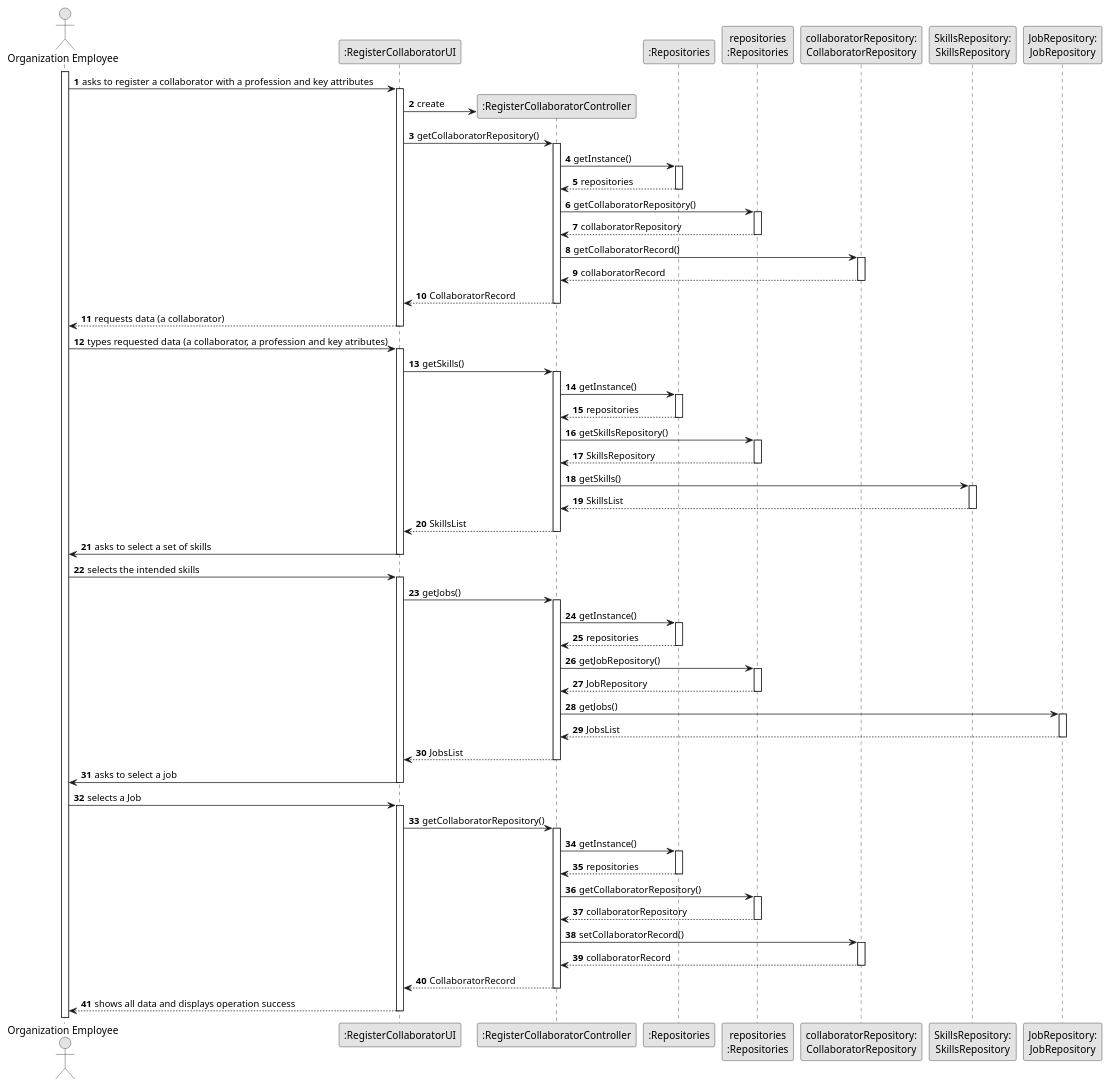
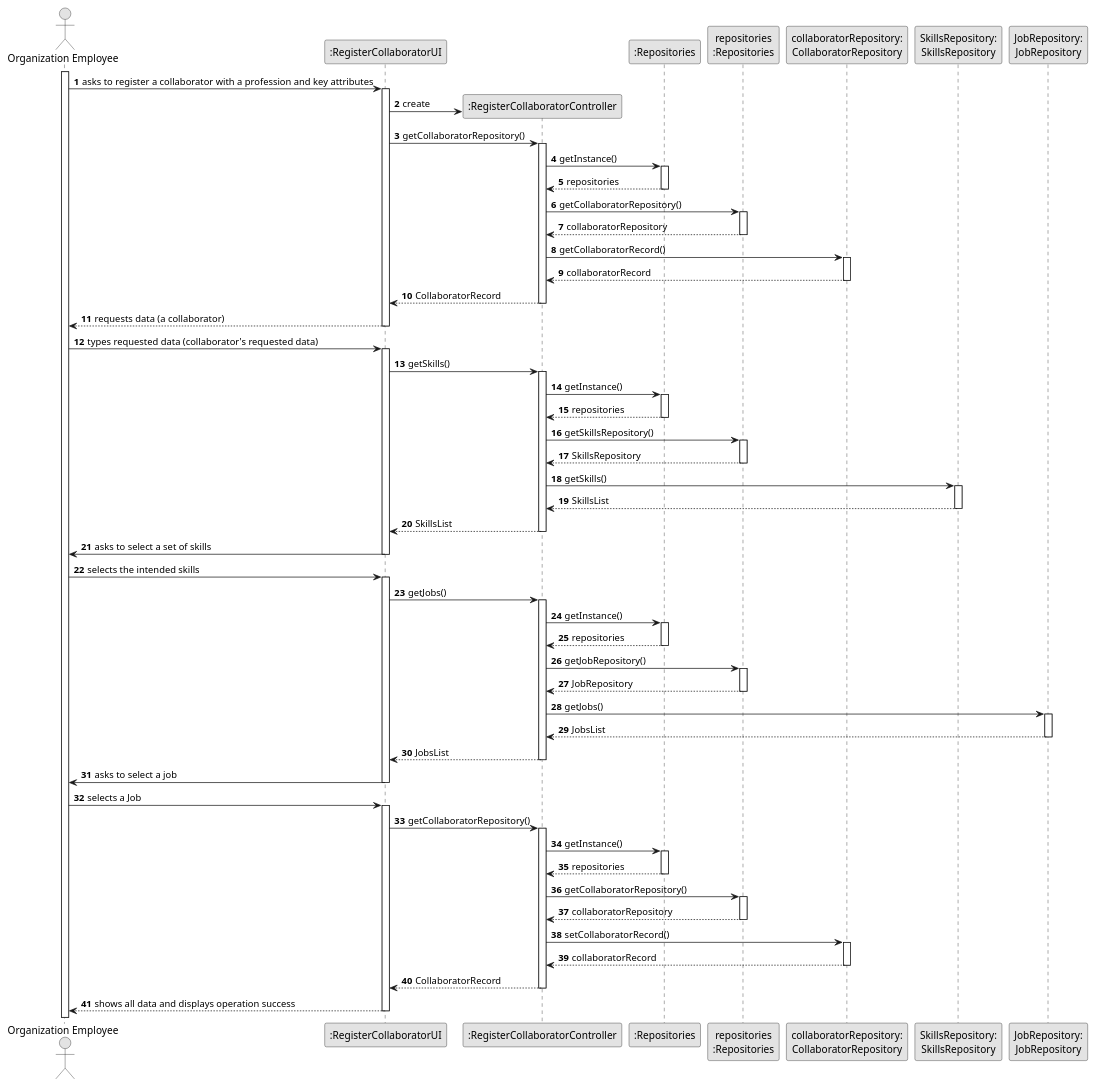
One commit to Departamento-de-Engenharia-Informatica/lei-24-s2-1df-1de-g063 changed the diagram in docs/sprintB/us003/03.design/puml/us03-sequence-diagram-full.puml. Above: the diagram before and after it, drawn with PlantUML. The commit also changed 21 other files, not shown here.

```diff
--- a/docs/sprintB/us003/03.design/puml/us03-sequence-diagram-full.puml
+++ b/docs/sprintB/us003/03.design/puml/us03-sequence-diagram-full.puml
@@ -1,145 +1,146 @@
 @startuml
 skinparam monochrome true
 skinparam packageStyle rectangle
 skinparam shadowing false
 
 autonumber
 
 'hide footbox
 actor "Organization Employee" as ADM
 participant ":RegisterCollaboratorUI" as UI
 participant ":RegisterCollaboratorController" as CTRL
 participant ":Repositories" as RepositorySingleton
 participant "repositories\n:Repositories" as PLAT
 participant "collaboratorRepository:\nCollaboratorRepository" as CollaboratorRepository
 participant "SkillsRepository:\nSkillsRepository" as SkillsRepository
 participant "JobRepository:\nJobRepository" as JobRepository
 
 
 activate ADM
 
         ADM -> UI : asks to register a collaborator with a profession and key attributes
 
         activate UI
 
 '            UI --> ADM : requests data (reference, description,  informal \n description, technical description, duration, cost)
             'create CTRL
             UI -> CTRL** : create
 
             UI -> CTRL : getCollaboratorRepository()
             activate CTRL
 
                 CTRL -> RepositorySingleton : getInstance()
                 activate RepositorySingleton
 
                     RepositorySingleton --> CTRL: repositories
                 deactivate RepositorySingleton
 
                 CTRL -> PLAT : getCollaboratorRepository()
                 activate PLAT
 
                     PLAT --> CTRL: collaboratorRepository
                 deactivate PLAT
 
                 CTRL -> CollaboratorRepository : getCollaboratorRecord()
                 activate CollaboratorRepository
 
                     CollaboratorRepository --> CTRL : collaboratorRecord
                 deactivate CollaboratorRepository
 
 
                 CTRL --> UI : CollaboratorRecord
             deactivate CTRL
 
             UI --> ADM : requests data (a collaborator)
                     deactivate UI
 
-                ADM -> UI : types requested data (a collaborator, a profession and key atributes)
+                ADM -> UI : types requested data (collaborator's requested data)
         activate UI
+
 
     UI -> CTRL : getSkills()
                 activate CTRL
 
                     CTRL -> RepositorySingleton : getInstance()
                     activate RepositorySingleton
 
                         RepositorySingleton --> CTRL: repositories
                     deactivate RepositorySingleton
 
                     CTRL -> PLAT : getSkillsRepository()
                     activate PLAT
 
                         PLAT --> CTRL: SkillsRepository
                     deactivate PLAT
 
                     CTRL -> SkillsRepository : getSkills()
                     activate SkillsRepository
 
                         SkillsRepository --> CTRL : SkillsList
                     deactivate SkillsRepository
 
 
                     CTRL --> UI : SkillsList
                 deactivate CTRL
                         UI -> ADM : asks to select a set of skills
     deactivate UI
                             ADM -> UI : selects the intended skills
             activate UI
 
         UI -> CTRL : getJobs()
                     activate CTRL
 
                         CTRL -> RepositorySingleton : getInstance()
                         activate RepositorySingleton
 
                             RepositorySingleton --> CTRL: repositories
                         deactivate RepositorySingleton
 
                         CTRL -> PLAT : getJobRepository()
                         activate PLAT
 
                             PLAT --> CTRL: JobRepository
                         deactivate PLAT
 
                         CTRL -> JobRepository : getJobs()
                         activate JobRepository
 
                             JobRepository --> CTRL : JobsList
                         deactivate JobRepository
 
 
                         CTRL --> UI : JobsList
                     deactivate CTRL
                         UI -> ADM : asks to select a job
 
         deactivate UI
                                     ADM -> UI : selects a Job
             activate UI
              UI -> CTRL : getCollaboratorRepository()
                         activate CTRL
 
                             CTRL -> RepositorySingleton : getInstance()
                             activate RepositorySingleton
 
                                 RepositorySingleton --> CTRL: repositories
                             deactivate RepositorySingleton
 
                             CTRL -> PLAT : getCollaboratorRepository()
                             activate PLAT
 
                                 PLAT --> CTRL: collaboratorRepository
                             deactivate PLAT
 
                             CTRL -> CollaboratorRepository : setCollaboratorRecord()
                             activate CollaboratorRepository
 
                                 CollaboratorRepository --> CTRL : collaboratorRecord
                             deactivate CollaboratorRepository
 
 
                             CTRL --> UI : CollaboratorRecord
                         deactivate CTRL
                                 UI --> ADM : shows all data and displays operation success
 deactivate UI
 
 @enduml
```
